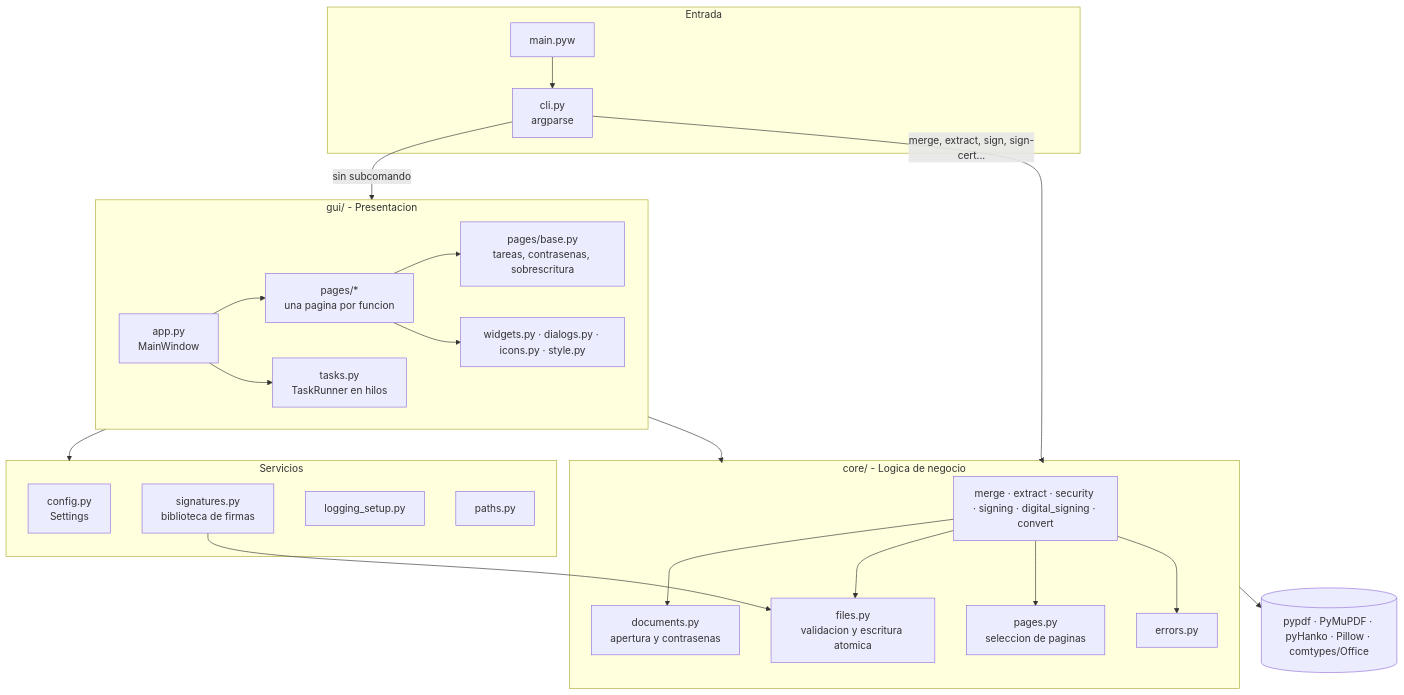
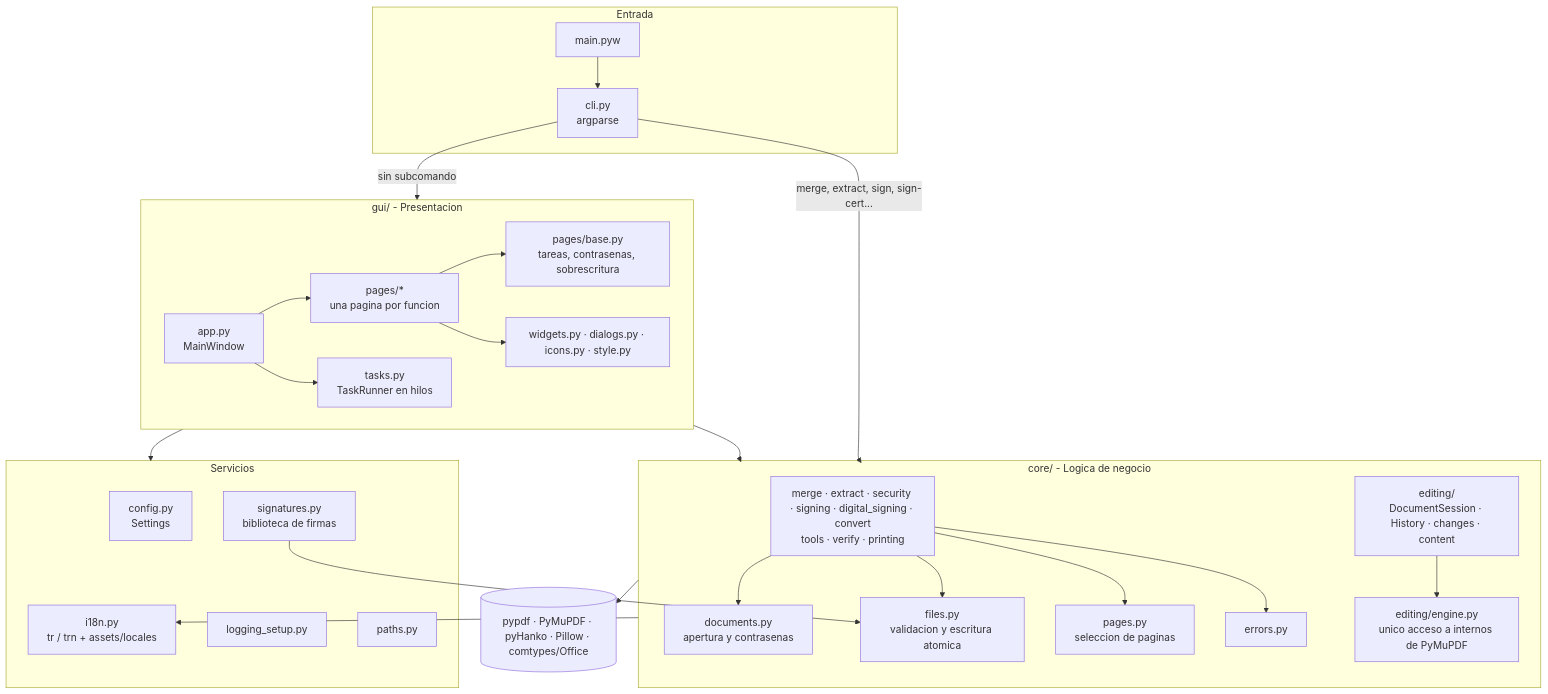
One commit to avilasebastianl/PDF_Management changed the first of 10 diagrams in README.md. Above: the diagram before and after it, drawn with Mermaid. The commit also changed other lines of this file and 73 other files, not shown here.

````diff
--- a/README.md
+++ b/README.md
@@ -92,35 +95,38 @@
 ```mermaid
 flowchart TD
     subgraph Entrada
         MAIN[main.pyw] --> CLI[cli.py<br/>argparse]
     end
     CLI -->|sin subcomando| GUI
     CLI -->|merge, extract, sign, sign-cert...| CORE
 
     subgraph GUI[gui/ - Presentacion]
         APP[app.py<br/>MainWindow] --> PAGES[pages/*<br/>una pagina por funcion]
         PAGES --> BASE[pages/base.py<br/>tareas, contrasenas, sobrescritura]
         APP --> TASKS[tasks.py<br/>TaskRunner en hilos]
         PAGES --> WIDGETS[widgets.py · dialogs.py · icons.py · style.py]
     end
 
     subgraph Servicios
         CONFIG[config.py<br/>Settings]
+        I18N[i18n.py<br/>tr / trn + assets/locales]
         SIGS[signatures.py<br/>biblioteca de firmas]
         LOG[logging_setup.py]
         PATHS[paths.py]
     end
 
     subgraph CORE[core/ - Logica de negocio]
-        OPS[merge · extract · security · signing · digital_signing · convert]
+        OPS[merge · extract · security · signing · digital_signing · convert<br/>tools · verify · printing]
         OPS --> DOCS[documents.py<br/>apertura y contrasenas]
         OPS --> FILES[files.py<br/>validacion y escritura atomica]
         OPS --> PAGESEL[pages.py<br/>seleccion de paginas]
         OPS --> ERR[errors.py]
+        EDIT[editing/<br/>DocumentSession · History · changes · content] --> ENGINE[editing/engine.py<br/>unico acceso a internos de PyMuPDF]
     end
 
     GUI --> Servicios
     GUI --> CORE
     SIGS --> FILES
+    CORE --> I18N
     CORE --> LIBS[(pypdf · PyMuPDF · pyHanko · Pillow · comtypes/Office)]
 ```
````
